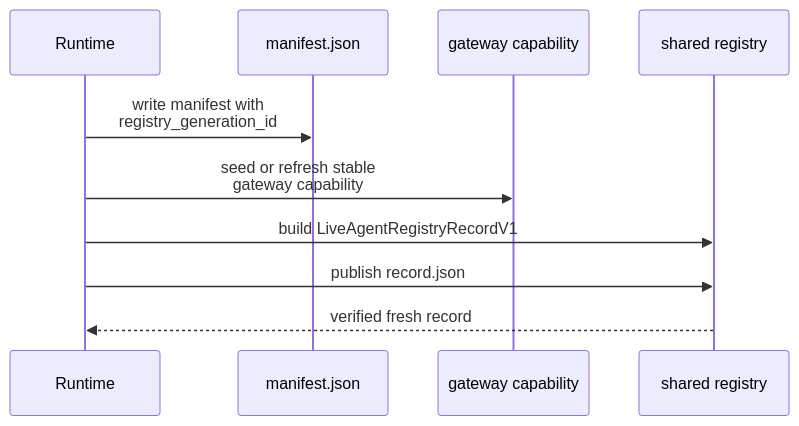
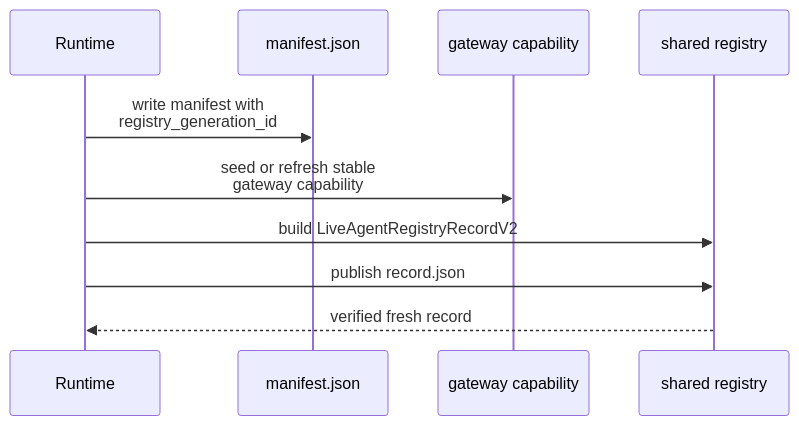
Before and after one commit to igamenovoer/houmao: the first of 2 diagrams in docs/reference/registry/internals/runtime-integration.md, drawn with Mermaid. The commit also changed other lines of this file and 34 other files, not shown here.

````diff
--- a/docs/reference/registry/internals/runtime-integration.md
+++ b/docs/reference/registry/internals/runtime-integration.md
@@ -54,12 +56,12 @@
 ```mermaid
 sequenceDiagram
     participant RT as Runtime
     participant MF as manifest.json
     participant GW as gateway capability
     participant RG as shared registry
     RT->>MF: write manifest with<br/>registry_generation_id
     RT->>GW: seed or refresh stable<br/>gateway capability
-    RT->>RG: build LiveAgentRegistryRecordV1
+    RT->>RG: build LiveAgentRegistryRecordV2
     RT->>RG: publish record.json
     RG-->>RT: verified fresh record
 ```
````
